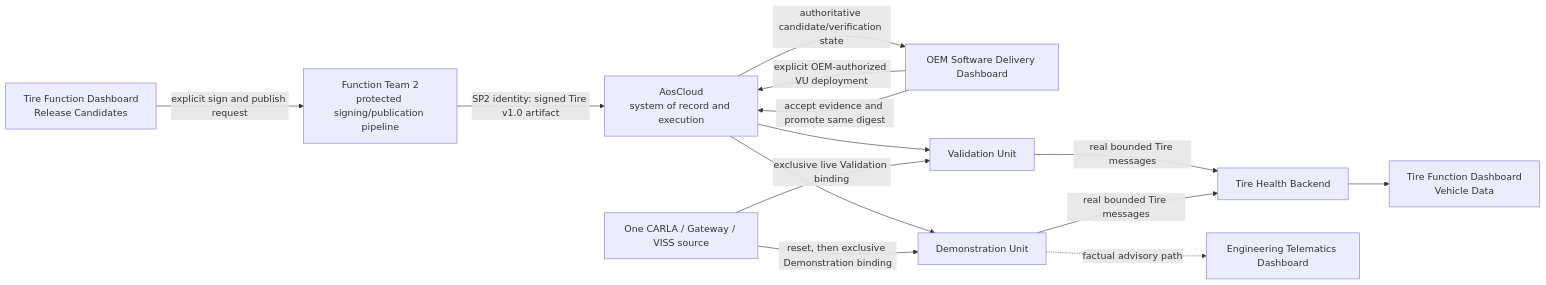
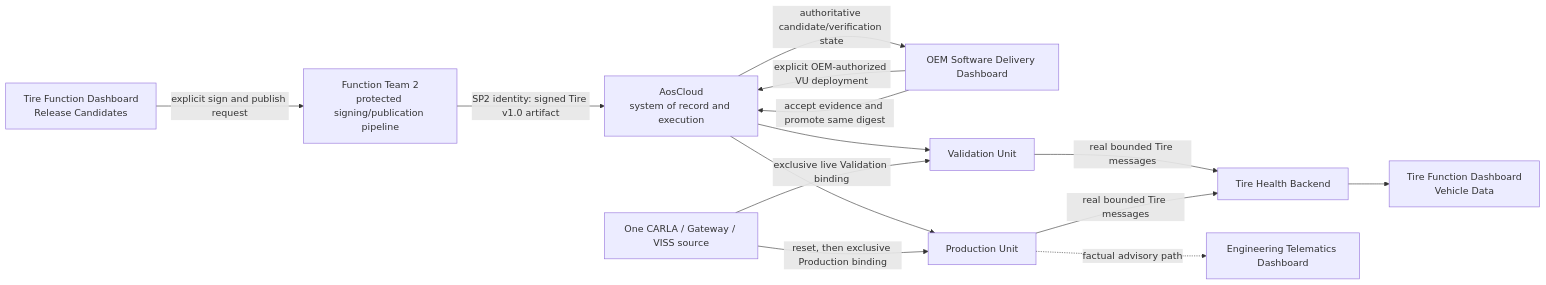
One commit to alexmaninblack/aosedge-sdv-demo changed the second of 2 diagrams in docs/requirements/components/tire-health-cloud.md. Above: the diagram before and after it, drawn with Mermaid. The commit also changed other lines of this file and 176 other files, not shown here.

````diff
--- a/docs/requirements/components/tire-health-cloud.md
+++ b/docs/requirements/components/tire-health-cloud.md
@@ -150,27 +154,27 @@
 ```mermaid
 flowchart LR
     RC["Tire Function Dashboard<br/>Release Candidates"]
     PIPE["Function Team 2<br/>protected signing/publication pipeline"]
     CLOUD["AosCloud<br/>system of record and execution"]
     OEM["OEM Software Delivery Dashboard"]
     VU["Validation Unit"]
-    DU["Demonstration Unit"]
+    PU["Production Unit"]
     CARLA["One CARLA / Gateway / VISS source"]
     BE["Tire Health Backend"]
     VD["Tire Function Dashboard<br/>Vehicle Data"]
     ENG["Engineering Telematics Dashboard"]
 
     RC -->|"explicit sign and publish request"| PIPE
     PIPE -->|"SP2 identity: signed Tire v1.0 artifact"| CLOUD
     CLOUD -->|"authoritative candidate/verification state"| OEM
     OEM -->|"explicit OEM-authorized VU deployment"| CLOUD
     CLOUD --> VU
     CARLA -->|"exclusive live Validation binding"| VU
     VU -->|"real bounded Tire messages"| BE
     BE --> VD
     OEM -->|"accept evidence and promote same digest"| CLOUD
-    CLOUD --> DU
-    CARLA -->|"reset, then exclusive Demonstration binding"| DU
-    DU -->|"real bounded Tire messages"| BE
-    DU -. "factual advisory path" .-> ENG
+    CLOUD --> PU
+    CARLA -->|"reset, then exclusive Production binding"| PU
+    PU -->|"real bounded Tire messages"| BE
+    PU -. "factual advisory path" .-> ENG
 ```
````
